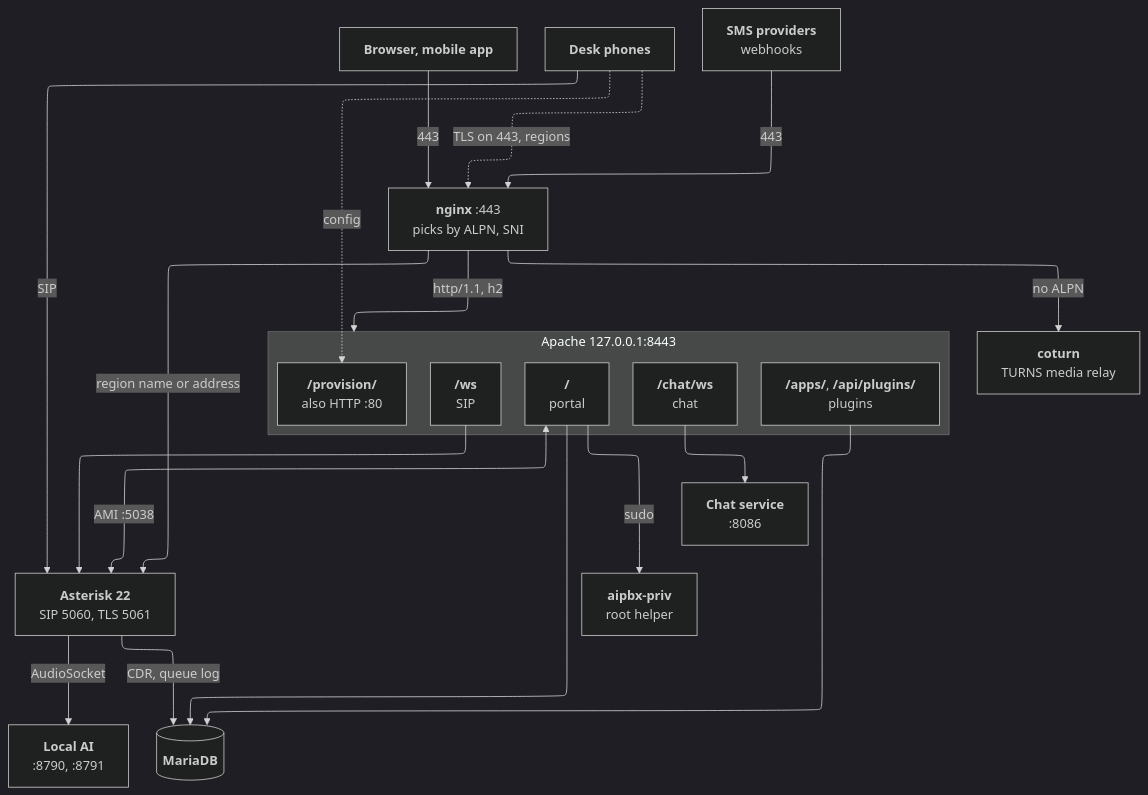
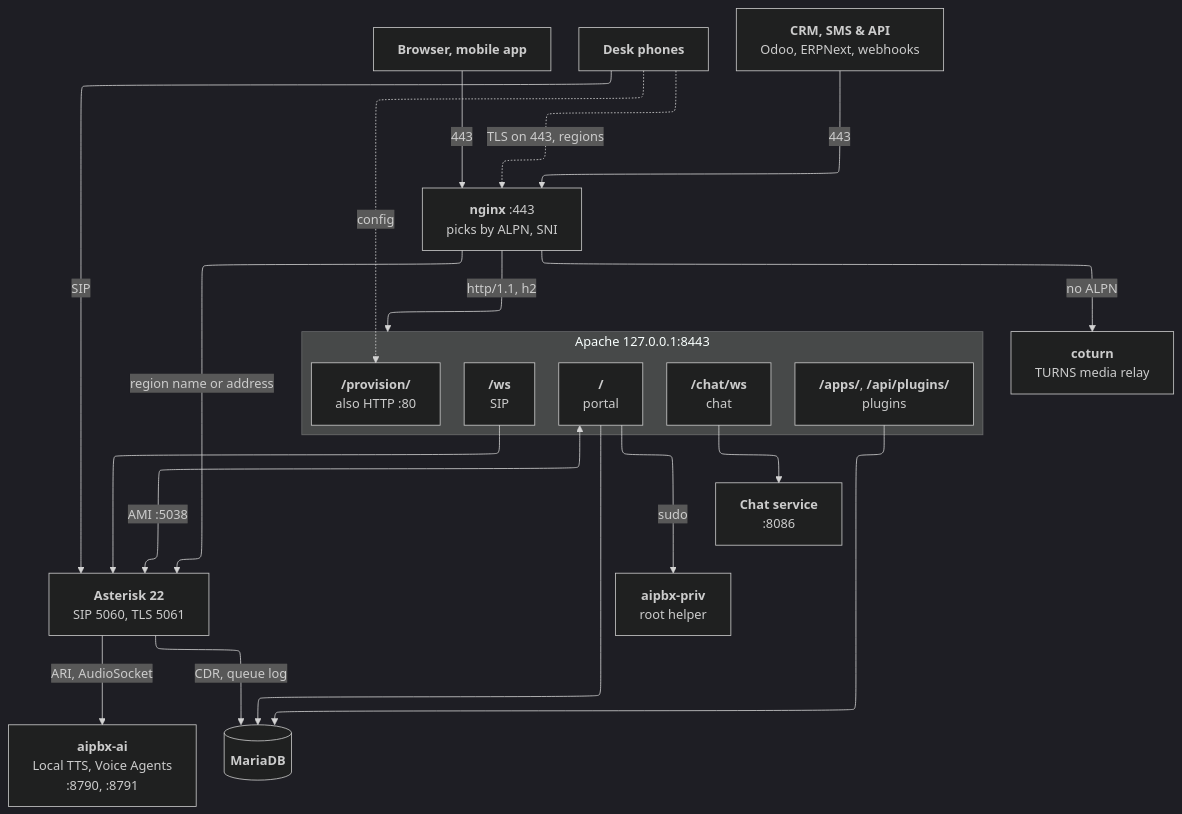
One commit to mahirgul/AiPBX changed the diagram in docs/diagrams/system-map.mmd. Above: the diagram before and after it, drawn with Mermaid (dark theme). The commit also changed 12 other files, not shown here.

Commit message:
docs: update guides, README, and architecture diagrams for v1.82.5

```diff
--- a/docs/diagrams/system-map.mmd
+++ b/docs/diagrams/system-map.mmd
@@ -1,57 +1,58 @@
 ---
 config:
   layout: elk
   elk:
     nodePlacementStrategy: BRANDES_KOEPF
 ---
 flowchart TB
 %% @classes
   browser["`**Browser, mobile app**`"]:::client
   phones["`**Desk phones**`"]:::client
-  providers["`**SMS providers**
-  webhooks`"]:::client
+  providers["`**CRM, SMS & API**
+  Odoo, ERPNext, webhooks`"]:::client
 
   nginx["`**nginx** :443
   picks by ALPN, SNI`"]:::edge
   coturn["`**coturn**
   TURNS media relay`"]:::edge
 
   subgraph apache["`Apache 127.0.0.1:8443`"]
     portal["`**/**
     portal`"]:::svc
     ws["`**/ws**
     SIP`"]:::svc
     chatp["`**/chat/ws**
     chat`"]:::svc
     prov["`**/provision/**
     also HTTP :80`"]:::svc
     plug["`**/apps/**, **/api/plugins/**
     plugins`"]:::svc
   end
 
   chat["`**Chat service**
   :8086`"]:::svc
   ast["`**Asterisk 22**
   SIP 5060, TLS 5061`"]:::core
   priv["`**aipbx-priv**
   root helper`"]:::core
-  ai["`**Local AI**
+  ai["`**aipbx-ai**
+  Local TTS, Voice Agents
   :8790, :8791`"]:::svc
   db[("`**MariaDB**`")]:::db
 
   browser -->|443| nginx
   providers -->|443| nginx
   nginx -->|"http/1.1, h2"| apache
   nginx -->|no ALPN| coturn
   nginx -->|"region name or address"| ast
   phones -->|SIP| ast
   phones -.->|"TLS on 443, regions"| nginx
   phones -.->|config| prov
   ws --> ast
   chatp --> chat
   portal <-->|"AMI :5038"| ast
   portal -->|sudo| priv
-  ast -->|AudioSocket| ai
+  ast -->|"ARI, AudioSocket"| ai
   portal --> db
   plug --> db
   ast -->|"CDR, queue log"| db
```
